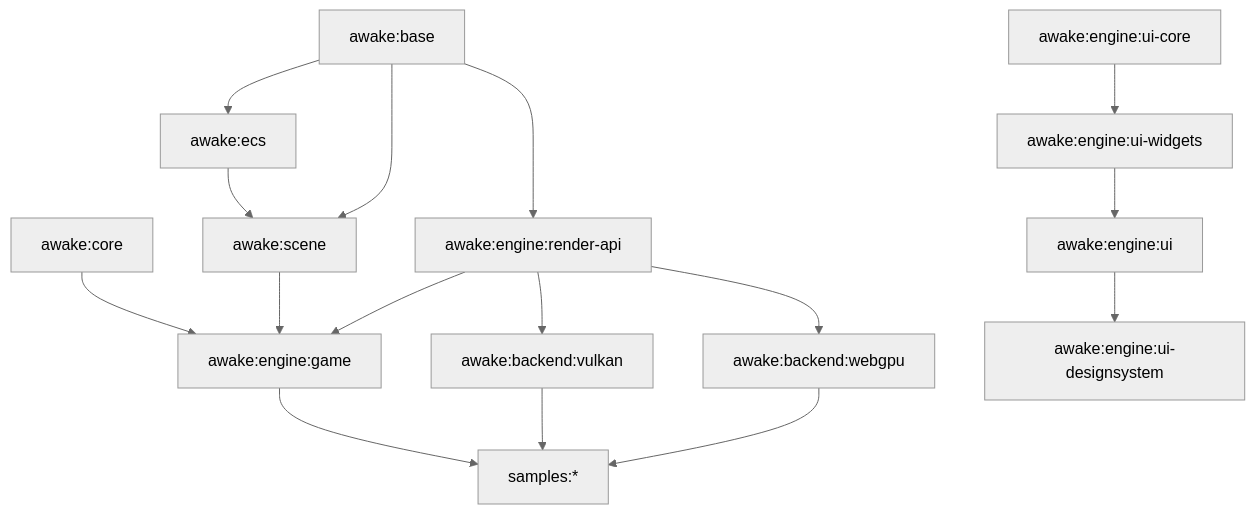
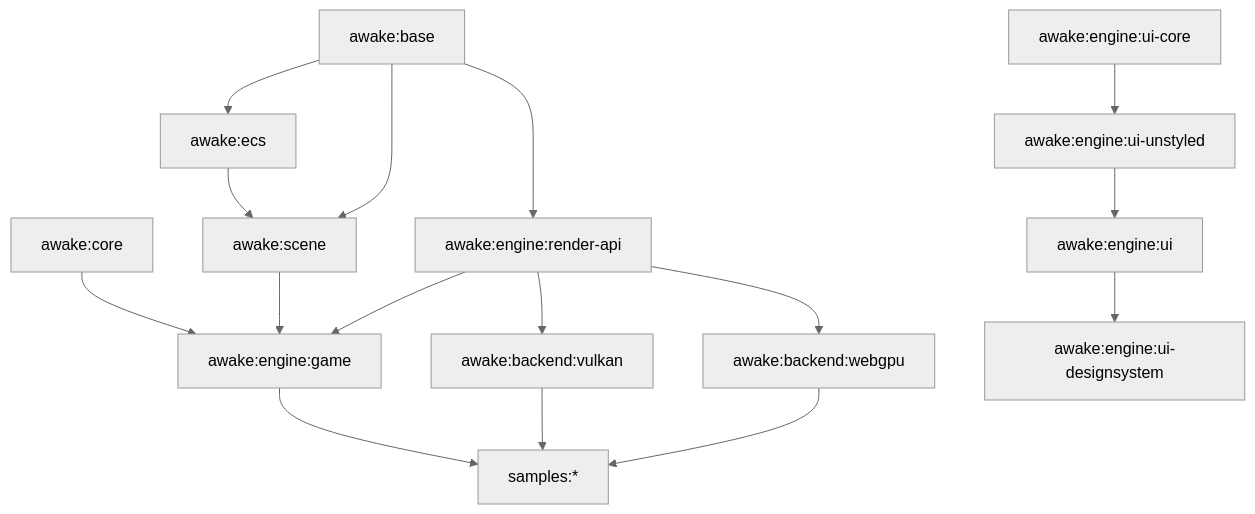
One commit to awake-lab/awake changed the diagram in docs/architecture.md. Above: the diagram before and after it, drawn with Mermaid (neutral theme). The commit also changed other lines of this file and 215 other files, not shown here.

````diff
--- a/docs/architecture.md
+++ b/docs/architecture.md
@@ -17,32 +17,32 @@
 ```mermaid
 flowchart TD
     base["awake:base"]
     core["awake:core"]
     ecs["awake:ecs"]
     scene["awake:scene"]
     render["awake:engine:render-api"]
     game["awake:engine:game"]
     uiCore["awake:engine:ui-core"]
-    uiWidgets["awake:engine:ui-widgets"]
+    uiWidgets["awake:engine:ui-unstyled"]
     ui["awake:engine:ui"]
     uiDs["awake:engine:ui-designsystem"]
     vulkan["awake:backend:vulkan"]
     webgpu["awake:backend:webgpu"]
     samples["samples:*"]
 
     core --> game
     base --> ecs
     base --> scene
     base --> render
     ecs --> scene
     render --> game
     scene --> game
     uiCore --> uiWidgets
     uiWidgets --> ui
     ui --> uiDs
     game --> samples
     render --> vulkan
     render --> webgpu
     vulkan --> samples
     webgpu --> samples
 ```
````
